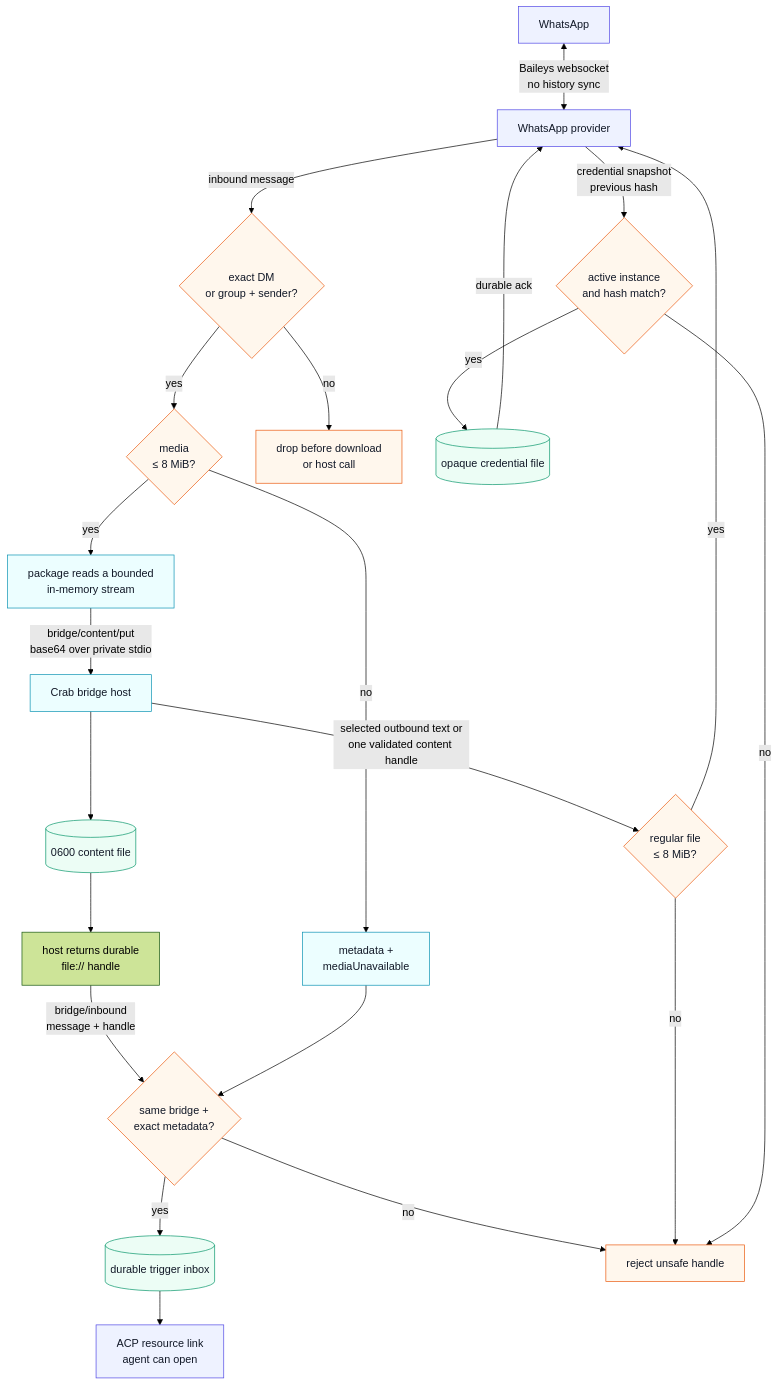
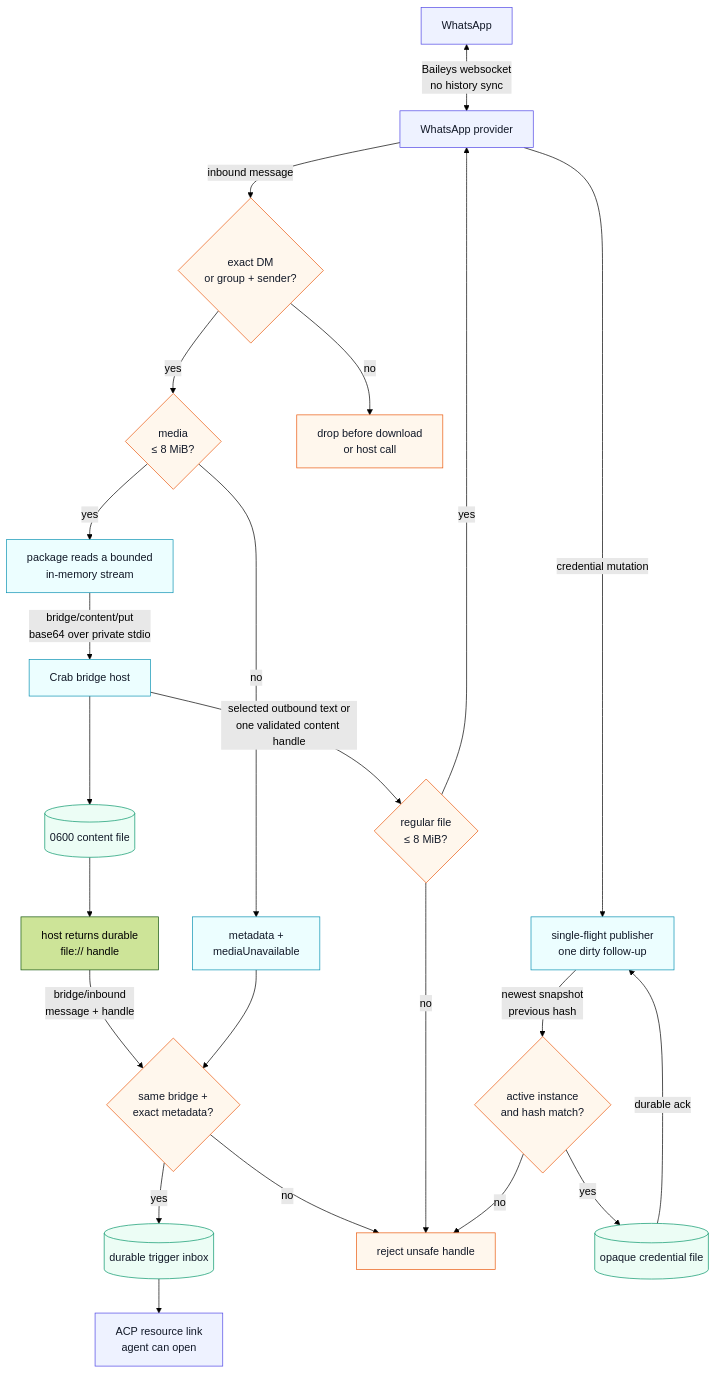
Before and after one commit to fontanierh/crab: the diagram in v2/bridges/whatsapp/architecture.mmd, drawn with Mermaid (forest theme). The commit also changed 7 other files, not shown here.

```diff
--- a/v2/bridges/whatsapp/architecture.mmd
+++ b/v2/bridges/whatsapp/architecture.mmd
@@ -1,32 +1,33 @@
 flowchart TB
     WA["WhatsApp"] <-->|"Baileys websocket<br/>no history sync"| PKG["WhatsApp provider"]
     PKG -->|"inbound message"| POLICY{"exact DM<br/>or group + sender?"}
     POLICY -->|yes| LIMIT{"media<br/>≤ 8 MiB?"}
     POLICY -->|no| DROP["drop before download<br/>or host call"]
     LIMIT -->|yes| STREAM["package reads a bounded<br/>in-memory stream"]
     STREAM -->|"bridge/content/put<br/>base64 over private stdio"| HOST["Crab bridge host"]
     HOST --> PRIVATE[("0600 content file")]
     PRIVATE --> HANDLE["host returns durable<br/>file:// handle"]
     HANDLE -->|"bridge/inbound<br/>message + handle"| VALIDATE{"same bridge +<br/>exact metadata?"}
     VALIDATE -->|yes| INBOX[("durable trigger inbox")]
     INBOX --> ACP["ACP resource link<br/>agent can open"]
     LIMIT -->|no| META["metadata +<br/>mediaUnavailable"]
     META --> VALIDATE
     VALIDATE -->|no| REJECT["reject unsafe handle"]
 
     HOST -->|"selected outbound text or<br/>one validated content handle"| OUT{"regular file<br/>≤ 8 MiB?"}
     OUT -->|yes| PKG
     OUT -->|no| REJECT
-    PKG -->|"credential snapshot<br/>previous hash"| CAS{"active instance<br/>and hash match?"}
+    PKG -->|"credential mutation"| PUBLISH["single-flight publisher<br/>one dirty follow-up"]
+    PUBLISH -->|"newest snapshot<br/>previous hash"| CAS{"active instance<br/>and hash match?"}
     CAS -->|yes| CREDS[("opaque credential file")]
-    CREDS -->|"durable ack"| PKG
+    CREDS -->|"durable ack"| PUBLISH
     CAS -->|no| REJECT
 
     classDef service fill:#eef2ff,stroke:#4f46e5,color:#111827;
     classDef action fill:#ecfeff,stroke:#0891b2,color:#111827;
     classDef durable fill:#ecfdf5,stroke:#059669,color:#111827;
     classDef guard fill:#fff7ed,stroke:#ea580c,color:#111827;
     class WA,PKG,ACP service;
-    class STREAM,HOST,META action;
+    class STREAM,HOST,META,PUBLISH action;
     class PRIVATE,INBOX,CREDS durable;
     class POLICY,LIMIT,VALIDATE,OUT,CAS,REJECT,DROP guard;
```
